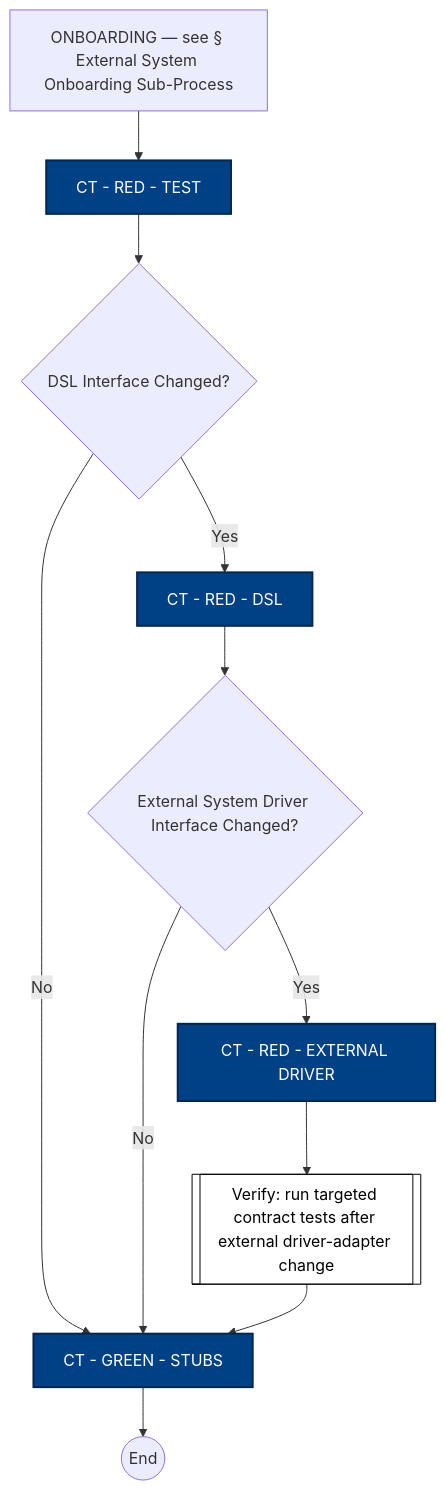
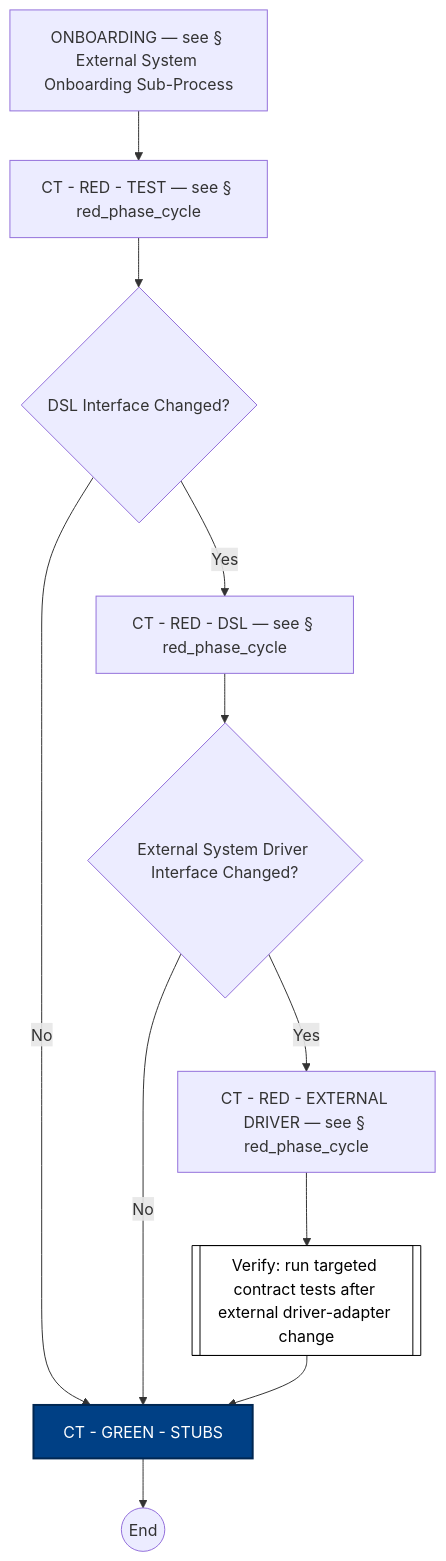
The seventh of 13 diagrams in docs/process-diagram.md (optivem/gh-optivem), drawn with Mermaid before and after one commit. The commit also changed other lines of this file and 2 other files, not shown here.

Commit message:
atdd: regenerate process-flow diagram

````diff
--- a/docs/process-diagram.md
+++ b/docs/process-diagram.md
@@ -167,29 +167,29 @@
 ```mermaid
 flowchart TD
     CT_END((End))
     CT_GREEN_STUBS[CT - GREEN - STUBS]
-    CT_RED_DSL[CT - RED - DSL]
-    CT_RED_EXTERNAL_DRIVER[CT - RED - EXTERNAL DRIVER]
-    CT_RED_TEST[CT - RED - TEST]
+    CT_RED_DSL[CT - RED - DSL — see § red_phase_cycle]
+    CT_RED_EXTERNAL_DRIVER[CT - RED - EXTERNAL DRIVER — see § red_phase_cycle]
+    CT_RED_TEST[CT - RED - TEST — see § red_phase_cycle]
     GATE_DSL_CT{DSL Interface Changed?}
     GATE_EXT_CT{External System Driver Interface Changed?}
     ONBOARDING[ONBOARDING — see § External System Onboarding Sub-Process]
     VERIFY_CT_DRIVER[[Verify: run targeted contract tests after external driver-adapter change]]
 
     ONBOARDING --> CT_RED_TEST
     CT_RED_TEST --> GATE_DSL_CT
     GATE_DSL_CT -- No --> CT_GREEN_STUBS
     GATE_DSL_CT -- Yes --> CT_RED_DSL
     CT_RED_DSL --> GATE_EXT_CT
     GATE_EXT_CT -- No --> CT_GREEN_STUBS
     GATE_EXT_CT -- Yes --> CT_RED_EXTERNAL_DRIVER
     CT_RED_EXTERNAL_DRIVER --> VERIFY_CT_DRIVER
     VERIFY_CT_DRIVER --> CT_GREEN_STUBS
     CT_GREEN_STUBS --> CT_END
 
     classDef serviceNode fill:#ffffff,stroke:#000000,stroke-width:1px,color:#000000
     class VERIFY_CT_DRIVER serviceNode
 
     classDef agentNode fill:#004085,stroke:#002752,stroke-width:2px,color:#ffffff
-    class CT_GREEN_STUBS,CT_RED_DSL,CT_RED_EXTERNAL_DRIVER,CT_RED_TEST agentNode
+    class CT_GREEN_STUBS agentNode
 ```
````
